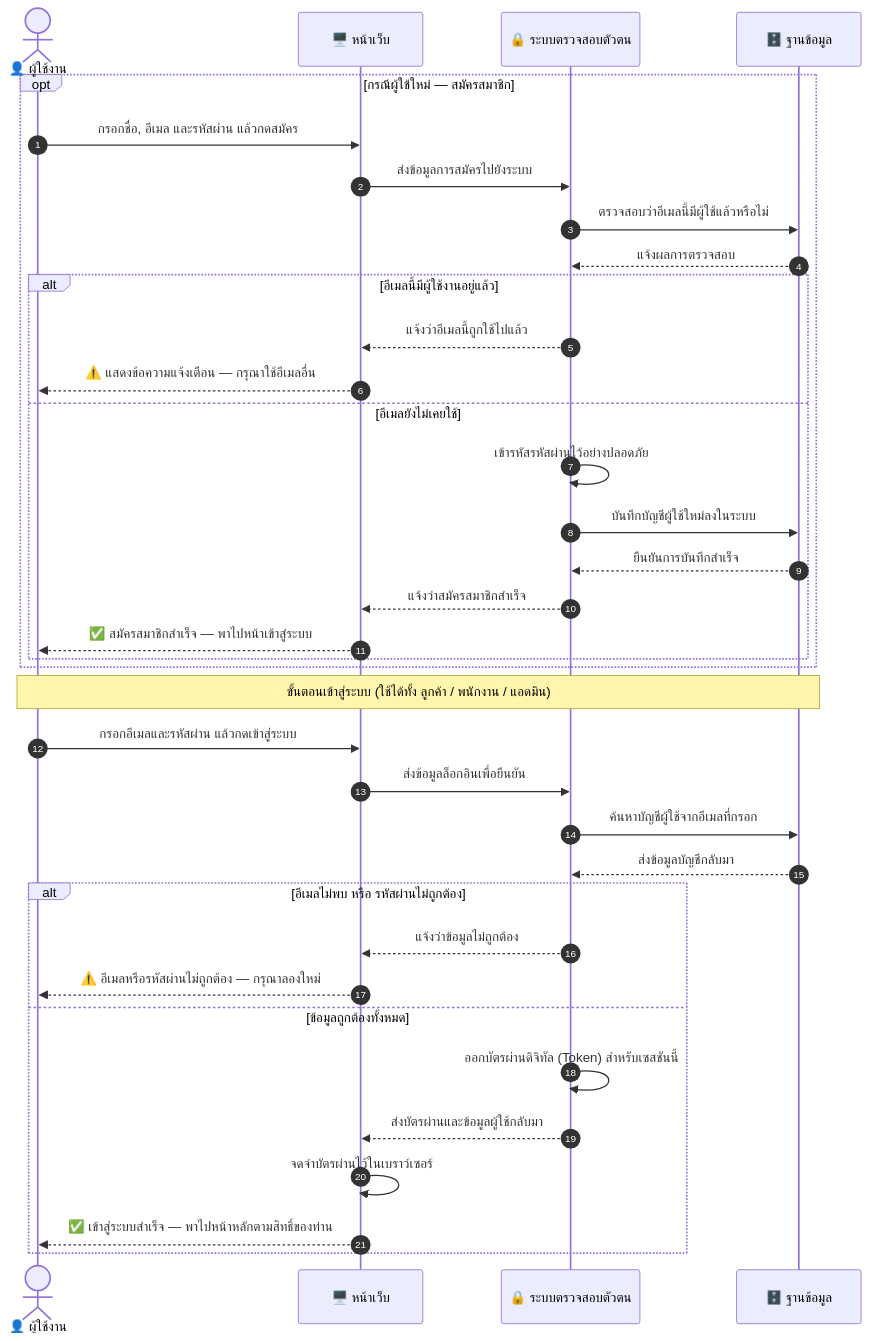
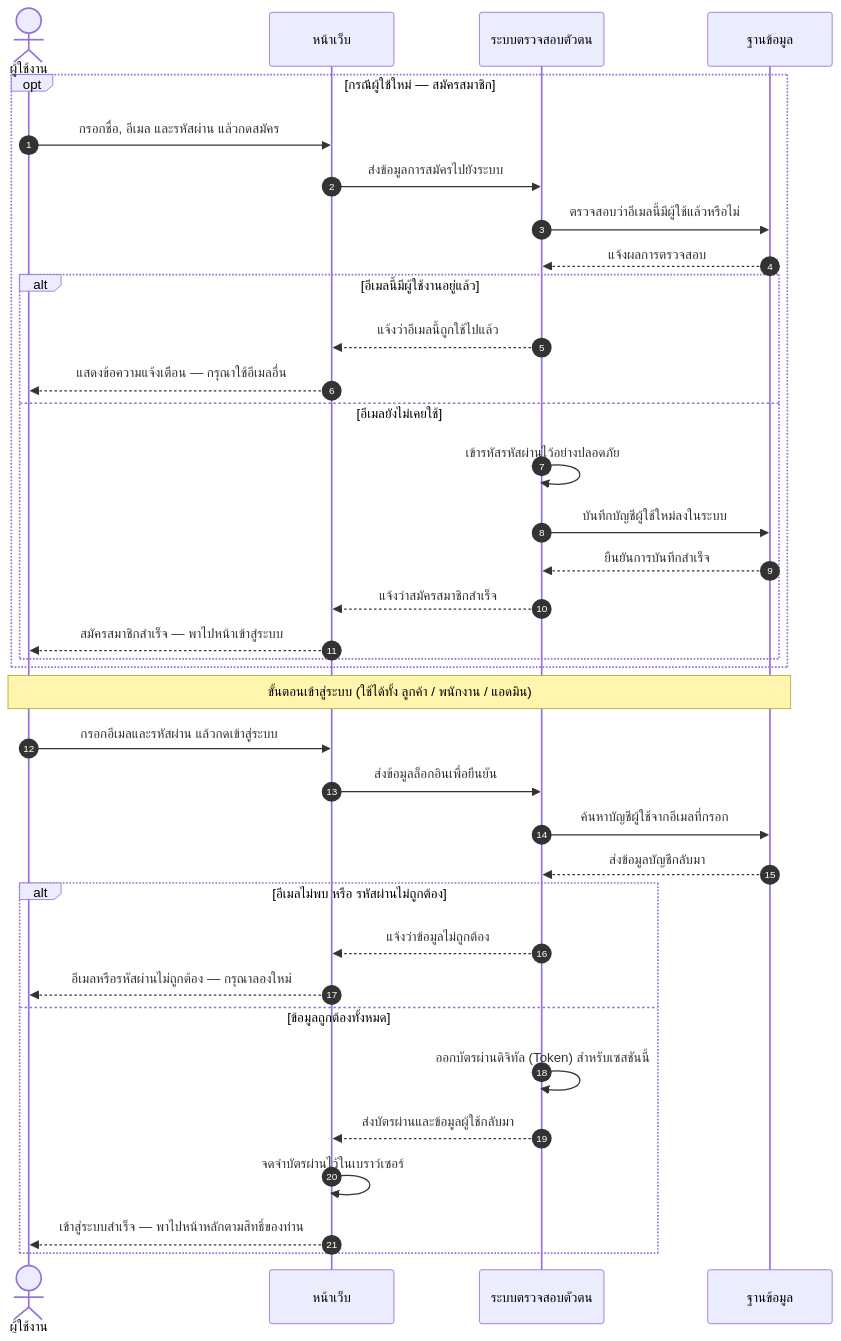
The third of 15 diagrams in diagram/Diagram.md (SupvichSpuGM/online-bookstore), drawn with Mermaid before and after one commit. The commit also changed other lines of this file and 1 other file, not shown here.

````diff
--- a/diagram/Diagram.md
+++ b/diagram/Diagram.md
@@ -242,40 +255,40 @@
 ```mermaid
 sequenceDiagram
-    autonumber
-    actor User as 👤 ผู้ใช้งาน
-    participant Web as 🖥️ หน้าเว็บ
-    participant Auth as 🔒 ระบบตรวจสอบตัวตน
-    participant DB as 🗄️ ฐานข้อมูล
+  autonumber
+  actor User as ผู้ใช้งาน
+  participant Web as หน้าเว็บ
+  participant Auth as ระบบตรวจสอบตัวตน
+  participant DB as ฐานข้อมูล
 
-    opt กรณีผู้ใช้ใหม่ — สมัครสมาชิก
-        User->>Web: กรอกชื่อ, อีเมล และรหัสผ่าน แล้วกดสมัคร
-        Web->>Auth: ส่งข้อมูลการสมัครไปยังระบบ
-        Auth->>DB: ตรวจสอบว่าอีเมลนี้มีผู้ใช้แล้วหรือไม่
-        DB-->>Auth: แจ้งผลการตรวจสอบ
-        alt อีเมลนี้มีผู้ใช้งานอยู่แล้ว
-            Auth-->>Web: แจ้งว่าอีเมลนี้ถูกใช้ไปแล้ว
-            Web-->>User: ⚠️ แสดงข้อความแจ้งเตือน — กรุณาใช้อีเมลอื่น
-        else อีเมลยังไม่เคยใช้
-            Auth->>Auth: เข้ารหัสรหัสผ่านไว้อย่างปลอดภัย
-            Auth->>DB: บันทึกบัญชีผู้ใช้ใหม่ลงในระบบ
-            DB-->>Auth: ยืนยันการบันทึกสำเร็จ
-            Auth-->>Web: แจ้งว่าสมัครสมาชิกสำเร็จ
-            Web-->>User: ✅ สมัครสมาชิกสำเร็จ — พาไปหน้าเข้าสู่ระบบ
-        end
+  opt กรณีผู้ใช้ใหม่ — สมัครสมาชิก
+    User->>Web: กรอกชื่อ, อีเมล และรหัสผ่าน แล้วกดสมัคร
+    Web->>Auth: ส่งข้อมูลการสมัครไปยังระบบ
+    Auth->>DB: ตรวจสอบว่าอีเมลนี้มีผู้ใช้แล้วหรือไม่
+    DB-->>Auth: แจ้งผลการตรวจสอบ
+    alt อีเมลนี้มีผู้ใช้งานอยู่แล้ว
+      Auth-->>Web: แจ้งว่าอีเมลนี้ถูกใช้ไปแล้ว
+      Web-->>User: แสดงข้อความแจ้งเตือน — กรุณาใช้อีเมลอื่น
+    else อีเมลยังไม่เคยใช้
+      Auth->>Auth: เข้ารหัสรหัสผ่านไว้อย่างปลอดภัย
+      Auth->>DB: บันทึกบัญชีผู้ใช้ใหม่ลงในระบบ
+      DB-->>Auth: ยืนยันการบันทึกสำเร็จ
+      Auth-->>Web: แจ้งว่าสมัครสมาชิกสำเร็จ
+      Web-->>User: สมัครสมาชิกสำเร็จ — พาไปหน้าเข้าสู่ระบบ
     end
+  end
 
-    Note over User, DB: ขั้นตอนเข้าสู่ระบบ (ใช้ได้ทั้ง ลูกค้า / พนักงาน / แอดมิน)
-    User->>Web: กรอกอีเมลและรหัสผ่าน แล้วกดเข้าสู่ระบบ
-    Web->>Auth: ส่งข้อมูลล็อกอินเพื่อยืนยัน
-    Auth->>DB: ค้นหาบัญชีผู้ใช้จากอีเมลที่กรอก
-    DB-->>Auth: ส่งข้อมูลบัญชีกลับมา
-    alt อีเมลไม่พบ หรือ รหัสผ่านไม่ถูกต้อง
-        Auth-->>Web: แจ้งว่าข้อมูลไม่ถูกต้อง
-        Web-->>User: ⚠️ อีเมลหรือรหัสผ่านไม่ถูกต้อง — กรุณาลองใหม่
-    else ข้อมูลถูกต้องทั้งหมด
-        Auth->>Auth: ออกบัตรผ่านดิจิทัล (Token) สำหรับเซสชันนี้
-        Auth-->>Web: ส่งบัตรผ่านและข้อมูลผู้ใช้กลับมา
-        Web->>Web: จดจำบัตรผ่านไว้ในเบราว์เซอร์
-        Web-->>User: ✅ เข้าสู่ระบบสำเร็จ — พาไปหน้าหลักตามสิทธิ์ของท่าน
-    end
+  Note over User, DB: ขั้นตอนเข้าสู่ระบบ (ใช้ได้ทั้ง ลูกค้า / พนักงาน / แอดมิน)
+  User->>Web: กรอกอีเมลและรหัสผ่าน แล้วกดเข้าสู่ระบบ
+  Web->>Auth: ส่งข้อมูลล็อกอินเพื่อยืนยัน
+  Auth->>DB: ค้นหาบัญชีผู้ใช้จากอีเมลที่กรอก
+  DB-->>Auth: ส่งข้อมูลบัญชีกลับมา
+  alt อีเมลไม่พบ หรือ รหัสผ่านไม่ถูกต้อง
+    Auth-->>Web: แจ้งว่าข้อมูลไม่ถูกต้อง
+    Web-->>User: อีเมลหรือรหัสผ่านไม่ถูกต้อง — กรุณาลองใหม่
+  else ข้อมูลถูกต้องทั้งหมด
+    Auth->>Auth: ออกบัตรผ่านดิจิทัล (Token) สำหรับเซสชันนี้
+    Auth-->>Web: ส่งบัตรผ่านและข้อมูลผู้ใช้กลับมา
+    Web->>Web: จดจำบัตรผ่านไว้ในเบราว์เซอร์
+    Web-->>User: เข้าสู่ระบบสำเร็จ — พาไปหน้าหลักตามสิทธิ์ของท่าน
+  end
 ```
````
